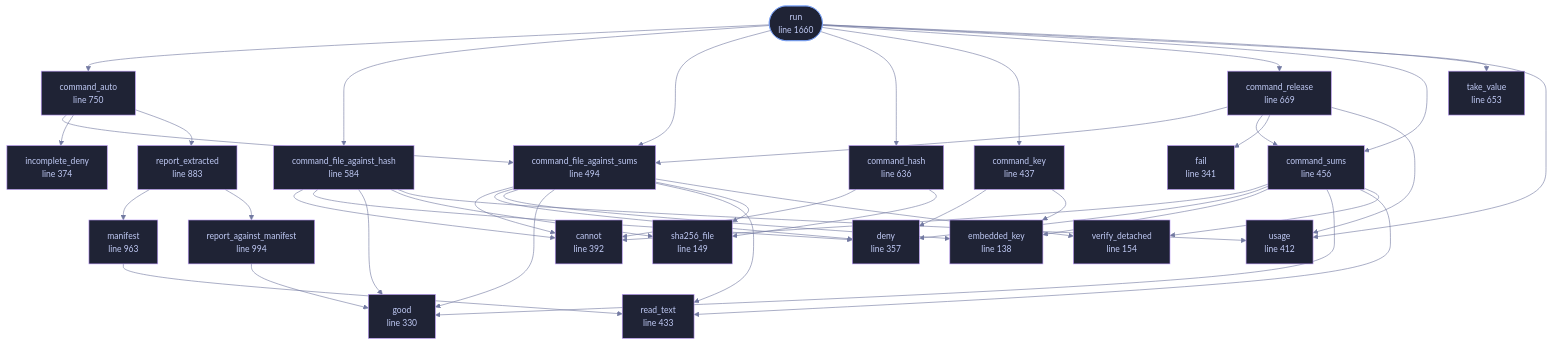
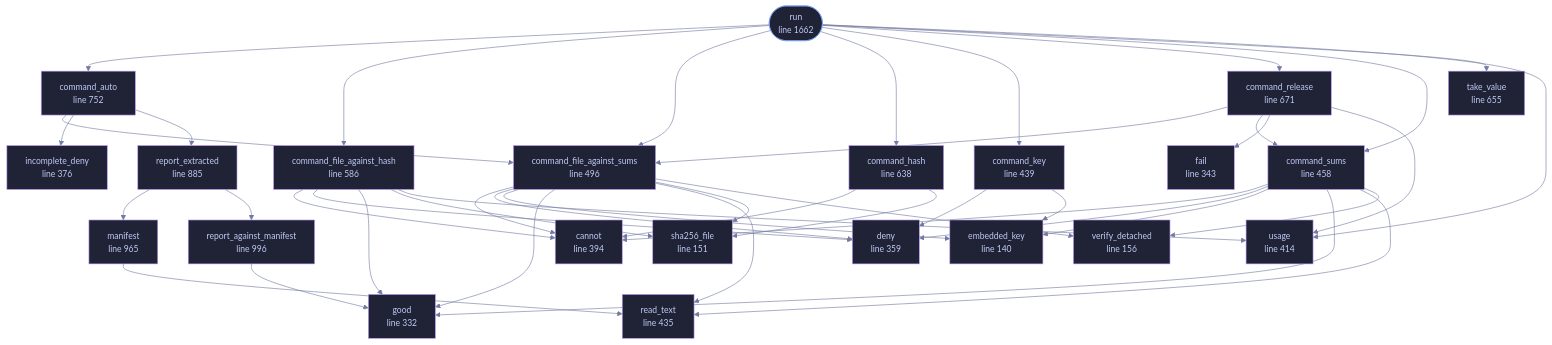
The diagram in wiki/File-veilvoice-verify-lib.md (tilas01/veilvoice), drawn with Mermaid before and after one commit. The commit also changed other lines of this file and 550 other files, not shown here.

````diff
--- a/wiki/File-veilvoice-verify-lib.md
+++ b/wiki/File-veilvoice-verify-lib.md
@@ -96,28 +96,28 @@
 ```mermaid
 %%{init: {"theme":"base","themeVariables":{"background":"#1a1b26","primaryColor":"#1f2335","primaryTextColor":"#c0caf5","primaryBorderColor":"#7aa2f7","secondaryColor":"#16161e","tertiaryColor":"#16161e","lineColor":"#737aa2","textColor":"#c0caf5","mainBkg":"#1f2335","nodeBorder":"#7aa2f7","clusterBkg":"#16161e","clusterBorder":"#2f3549","fontFamily":"ui-monospace, SFMono-Regular, Consolas, monospace","fontSize":"14px"}}}%%
 flowchart TD
-    n_embedded_key["embedded_key<br/>line 138"]
-    n_sha256_file["sha256_file<br/>line 149"]
-    n_verify_detached["verify_detached<br/>line 154"]
-    n_good["good<br/>line 330"]
-    n_fail["fail<br/>line 341"]
-    n_deny["deny<br/>line 357"]
-    n_incomplete_deny["incomplete_deny<br/>line 374"]
-    n_cannot["cannot<br/>line 392"]
-    n_usage["usage<br/>line 412"]
-    n_read_text["read_text<br/>line 433"]
-    n_command_key["command_key<br/>line 437"]
-    n_command_sums["command_sums<br/>line 456"]
-    n_command_file_against_sums["command_file_against_sums<br/>line 494"]
-    n_command_file_against_hash["command_file_against_hash<br/>line 584"]
-    n_command_hash["command_hash<br/>line 636"]
-    n_take_value["take_value<br/>line 653"]
-    n_command_release["command_release<br/>line 669"]
-    n_command_auto["command_auto<br/>line 750"]
-    n_report_extracted["report_extracted<br/>line 883"]
-    n_manifest["manifest<br/>line 963"]
-    n_report_against_manifest["report_against_manifest<br/>line 994"]
-    n_run(["run<br/>line 1660"])
+    n_embedded_key["embedded_key<br/>line 140"]
+    n_sha256_file["sha256_file<br/>line 151"]
+    n_verify_detached["verify_detached<br/>line 156"]
+    n_good["good<br/>line 332"]
+    n_fail["fail<br/>line 343"]
+    n_deny["deny<br/>line 359"]
+    n_incomplete_deny["incomplete_deny<br/>line 376"]
+    n_cannot["cannot<br/>line 394"]
+    n_usage["usage<br/>line 414"]
+    n_read_text["read_text<br/>line 435"]
+    n_command_key["command_key<br/>line 439"]
+    n_command_sums["command_sums<br/>line 458"]
+    n_command_file_against_sums["command_file_against_sums<br/>line 496"]
+    n_command_file_against_hash["command_file_against_hash<br/>line 586"]
+    n_command_hash["command_hash<br/>line 638"]
+    n_take_value["take_value<br/>line 655"]
+    n_command_release["command_release<br/>line 671"]
+    n_command_auto["command_auto<br/>line 752"]
+    n_report_extracted["report_extracted<br/>line 885"]
+    n_manifest["manifest<br/>line 965"]
+    n_report_against_manifest["report_against_manifest<br/>line 996"]
+    n_run(["run<br/>line 1662"])
     n_command_auto --> n_command_file_against_sums
     n_command_auto --> n_incomplete_deny
     n_command_auto --> n_report_extracted
@@ -160,28 +160,28 @@
     n_run --> n_command_sums
     n_run --> n_take_value
     n_run --> n_usage
-    click n_embedded_key href "https://github.com/tilas01/veilvoice/blob/main/crates/veilvoice-verify/src/lib.rs#L138" "open the source"
-    click n_sha256_file href "https://github.com/tilas01/veilvoice/blob/main/crates/veilvoice-verify/src/lib.rs#L149" "open the source"
-    click n_verify_detached href "https://github.com/tilas01/veilvoice/blob/main/crates/veilvoice-verify/src/lib.rs#L154" "open the source"
-    click n_good href "https://github.com/tilas01/veilvoice/blob/main/crates/veilvoice-verify/src/lib.rs#L330" "open the source"
-    click n_fail href "https://github.com/tilas01/veilvoice/blob/main/crates/veilvoice-verify/src/lib.rs#L341" "open the source"
-    click n_deny href "https://github.com/tilas01/veilvoice/blob/main/crates/veilvoice-verify/src/lib.rs#L357" "open the source"
-    click n_incomplete_deny href "https://github.com/tilas01/veilvoice/blob/main/crates/veilvoice-verify/src/lib.rs#L374" "open the source"
-    click n_cannot href "https://github.com/tilas01/veilvoice/blob/main/crates/veilvoice-verify/src/lib.rs#L392" "open the source"
-    click n_usage href "https://github.com/tilas01/veilvoice/blob/main/crates/veilvoice-verify/src/lib.rs#L412" "open the source"
-    click n_read_text href "https://github.com/tilas01/veilvoice/blob/main/crates/veilvoice-verify/src/lib.rs#L433" "open the source"
-    click n_command_key href "https://github.com/tilas01/veilvoice/blob/main/crates/veilvoice-verify/src/lib.rs#L437" "open the source"
-    click n_command_sums href "https://github.com/tilas01/veilvoice/blob/main/crates/veilvoice-verify/src/lib.rs#L456" "open the source"
-    click n_command_file_against_sums href "https://github.com/tilas01/veilvoice/blob/main/crates/veilvoice-verify/src/lib.rs#L494" "open the source"
-    click n_command_file_against_hash href "https://github.com/tilas01/veilvoice/blob/main/crates/veilvoice-verify/src/lib.rs#L584" "open the source"
-    click n_command_hash href "https://github.com/tilas01/veilvoice/blob/main/crates/veilvoice-verify/src/lib.rs#L636" "open the source"
-    click n_take_value href "https://github.com/tilas01/veilvoice/blob/main/crates/veilvoice-verify/src/lib.rs#L653" "open the source"
-    click n_command_release href "https://github.com/tilas01/veilvoice/blob/main/crates/veilvoice-verify/src/lib.rs#L669" "open the source"
-    click n_command_auto href "https://github.com/tilas01/veilvoice/blob/main/crates/veilvoice-verify/src/lib.rs#L750" "open the source"
-    click n_report_extracted href "https://github.com/tilas01/veilvoice/blob/main/crates/veilvoice-verify/src/lib.rs#L883" "open the source"
-    click n_manifest href "https://github.com/tilas01/veilvoice/blob/main/crates/veilvoice-verify/src/lib.rs#L963" "open the source"
-    click n_report_against_manifest href "https://github.com/tilas01/veilvoice/blob/main/crates/veilvoice-verify/src/lib.rs#L994" "open the source"
-    click n_run href "https://github.com/tilas01/veilvoice/blob/main/crates/veilvoice-verify/src/lib.rs#L1660" "open the source"
+    click n_embedded_key href "https://github.com/tilas01/veilvoice/blob/main/crates/veilvoice-verify/src/lib.rs#L140" "open the source"
+    click n_sha256_file href "https://github.com/tilas01/veilvoice/blob/main/crates/veilvoice-verify/src/lib.rs#L151" "open the source"
+    click n_verify_detached href "https://github.com/tilas01/veilvoice/blob/main/crates/veilvoice-verify/src/lib.rs#L156" "open the source"
+    click n_good href "https://github.com/tilas01/veilvoice/blob/main/crates/veilvoice-verify/src/lib.rs#L332" "open the source"
+    click n_fail href "https://github.com/tilas01/veilvoice/blob/main/crates/veilvoice-verify/src/lib.rs#L343" "open the source"
+    click n_deny href "https://github.com/tilas01/veilvoice/blob/main/crates/veilvoice-verify/src/lib.rs#L359" "open the source"
+    click n_incomplete_deny href "https://github.com/tilas01/veilvoice/blob/main/crates/veilvoice-verify/src/lib.rs#L376" "open the source"
+    click n_cannot href "https://github.com/tilas01/veilvoice/blob/main/crates/veilvoice-verify/src/lib.rs#L394" "open the source"
+    click n_usage href "https://github.com/tilas01/veilvoice/blob/main/crates/veilvoice-verify/src/lib.rs#L414" "open the source"
+    click n_read_text href "https://github.com/tilas01/veilvoice/blob/main/crates/veilvoice-verify/src/lib.rs#L435" "open the source"
+    click n_command_key href "https://github.com/tilas01/veilvoice/blob/main/crates/veilvoice-verify/src/lib.rs#L439" "open the source"
+    click n_command_sums href "https://github.com/tilas01/veilvoice/blob/main/crates/veilvoice-verify/src/lib.rs#L458" "open the source"
+    click n_command_file_against_sums href "https://github.com/tilas01/veilvoice/blob/main/crates/veilvoice-verify/src/lib.rs#L496" "open the source"
+    click n_command_file_against_hash href "https://github.com/tilas01/veilvoice/blob/main/crates/veilvoice-verify/src/lib.rs#L586" "open the source"
+    click n_command_hash href "https://github.com/tilas01/veilvoice/blob/main/crates/veilvoice-verify/src/lib.rs#L638" "open the source"
+    click n_take_value href "https://github.com/tilas01/veilvoice/blob/main/crates/veilvoice-verify/src/lib.rs#L655" "open the source"
+    click n_command_release href "https://github.com/tilas01/veilvoice/blob/main/crates/veilvoice-verify/src/lib.rs#L671" "open the source"
+    click n_command_auto href "https://github.com/tilas01/veilvoice/blob/main/crates/veilvoice-verify/src/lib.rs#L752" "open the source"
+    click n_report_extracted href "https://github.com/tilas01/veilvoice/blob/main/crates/veilvoice-verify/src/lib.rs#L885" "open the source"
+    click n_manifest href "https://github.com/tilas01/veilvoice/blob/main/crates/veilvoice-verify/src/lib.rs#L965" "open the source"
+    click n_report_against_manifest href "https://github.com/tilas01/veilvoice/blob/main/crates/veilvoice-verify/src/lib.rs#L996" "open the source"
+    click n_run href "https://github.com/tilas01/veilvoice/blob/main/crates/veilvoice-verify/src/lib.rs#L1662" "open the source"
     classDef entry fill:#1f2335,stroke:#7aa2f7,color:#c0caf5
     class n_run entry
     classDef helper fill:#1f2335,stroke:#bb9af7,color:#c0caf5
````
